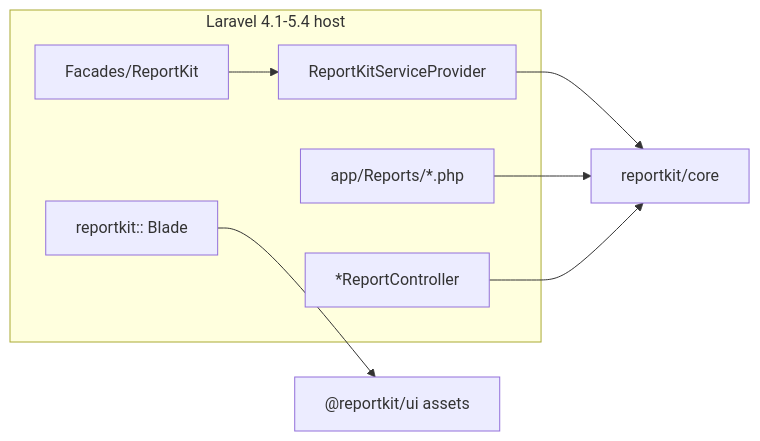
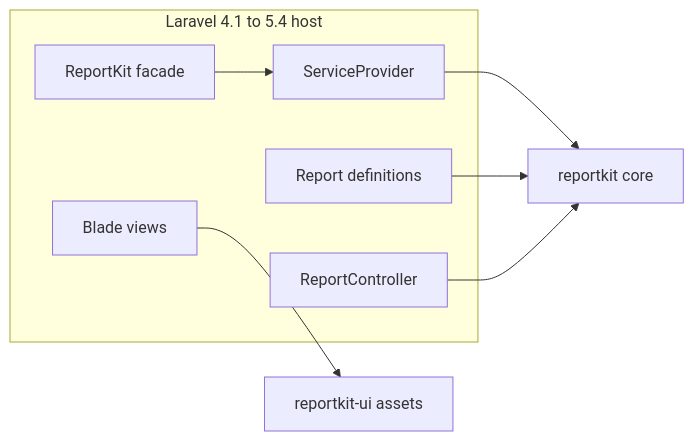
One commit to Maijied/Reportkit-Laravel-Legacy changed the first of 2 diagrams in .github/README.md. Above: the diagram before and after it, drawn with Mermaid. The commit also changed other lines of this file and 2 other files, not shown here.

Commit message:
fix: GitHub-renderable Mermaid diagrams, visitor/version badges, sync root README

````diff
--- a/.github/README.md
+++ b/.github/README.md
@@ -37,17 +42,17 @@
 ```mermaid
-graph LR
-  subgraph host ["Laravel 4.1-5.4 host"]
-    Prov["ReportKitServiceProvider"]
-    Fac["Facades/ReportKit"]
-    Defs["app/Reports/*.php"]
-    Ctrl["*ReportController"]
-    Views["reportkit:: Blade"]
+flowchart LR
+  subgraph host [Laravel 4.1 to 5.4 host]
+    Prov[ServiceProvider]
+    Fac[ReportKit facade]
+    Defs[Report definitions]
+    Ctrl[ReportController]
+    Views[Blade views]
   end
-  Core["reportkit/core"]
-  UI["@reportkit/ui assets"]
+  Core[reportkit core]
+  UI[reportkit-ui assets]
   Prov --> Core
   Defs --> Core
   Ctrl --> Core
   Fac --> Prov
   Views --> UI
 ```
````
